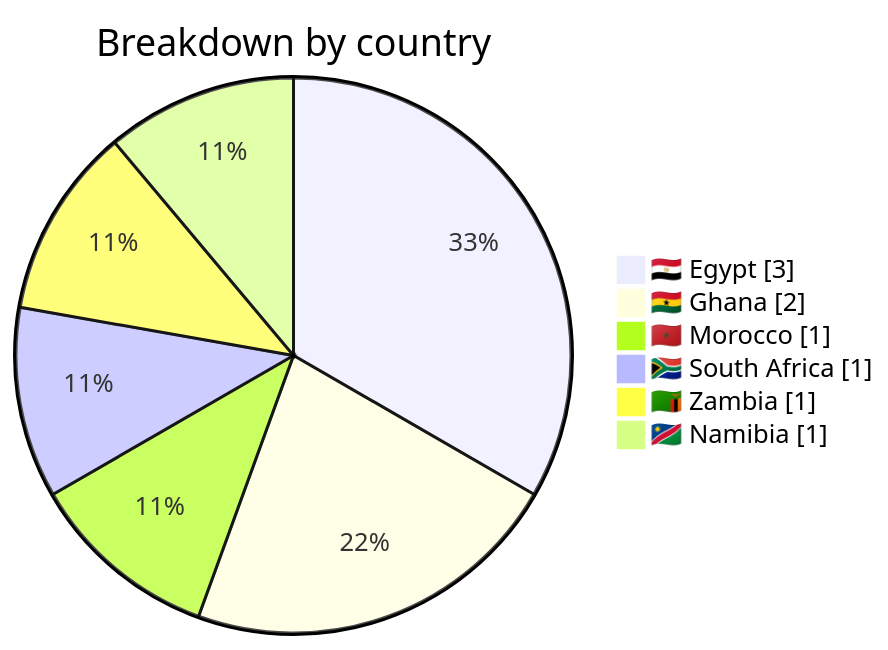
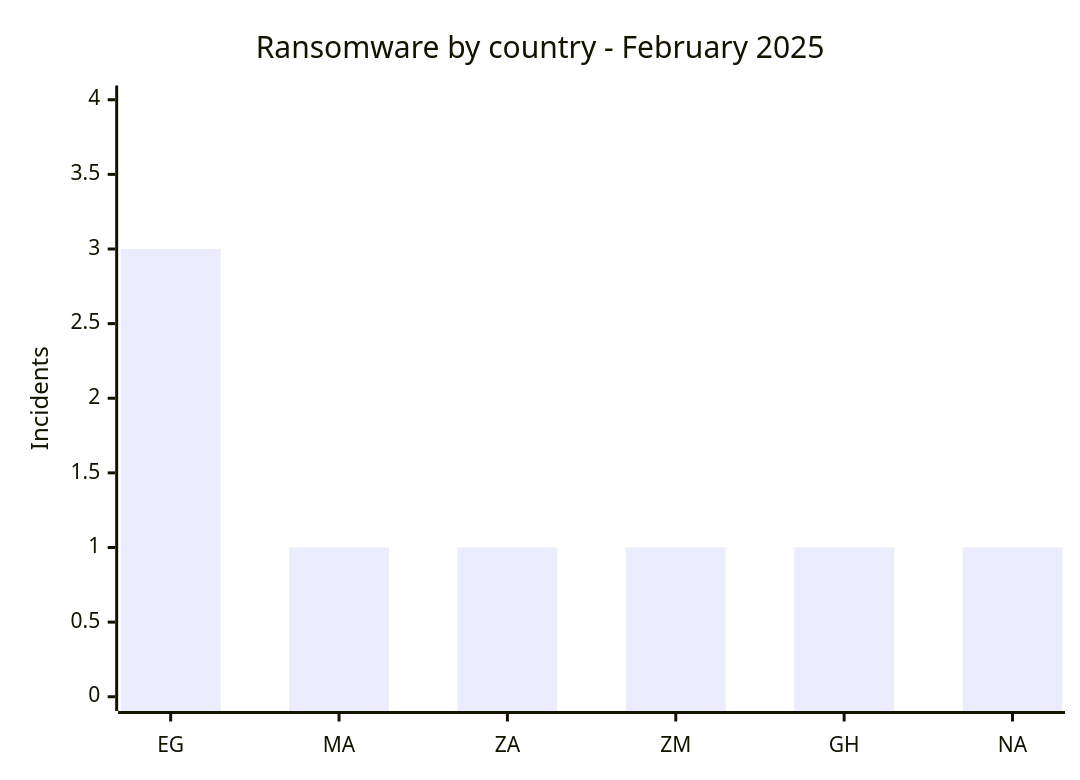
The third of 7 diagrams in CyberAttackAfrica/2025/02-february/README.md (Hatchepsoute/AFRINTEL), drawn with Mermaid before and after one commit. The commit also changed other lines of this file and 7 other files, not shown here.

````diff
--- a/CyberAttackAfrica/2025/02-february/README.md
+++ b/CyberAttackAfrica/2025/02-february/README.md
@@ -70,10 +97,7 @@
 ```mermaid
-pie showData
-    title Breakdown by country
-    "🇪🇬 Egypt" : 3
-    "🇬🇭 Ghana" : 2
-    "🇲🇦 Morocco" : 1
-    "🇿🇦 South Africa" : 1
-    "🇿🇲 Zambia" : 1
-    "🇳🇦 Namibia" : 1
+xychart-beta
+    title "Ransomware by country - February 2025"
+    x-axis ["EG", "MA", "ZA", "ZM", "GH", "NA"]
+    y-axis "Incidents" 0 --> 4
+    bar [3, 1, 1, 1, 1, 1]
 ```
````
